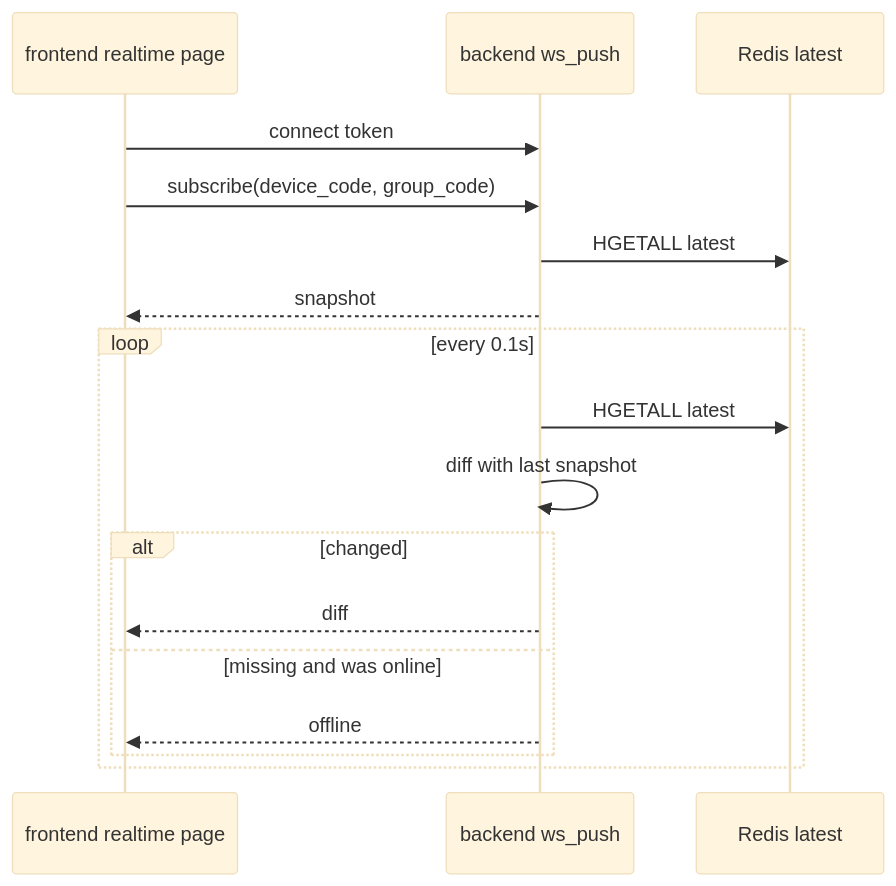
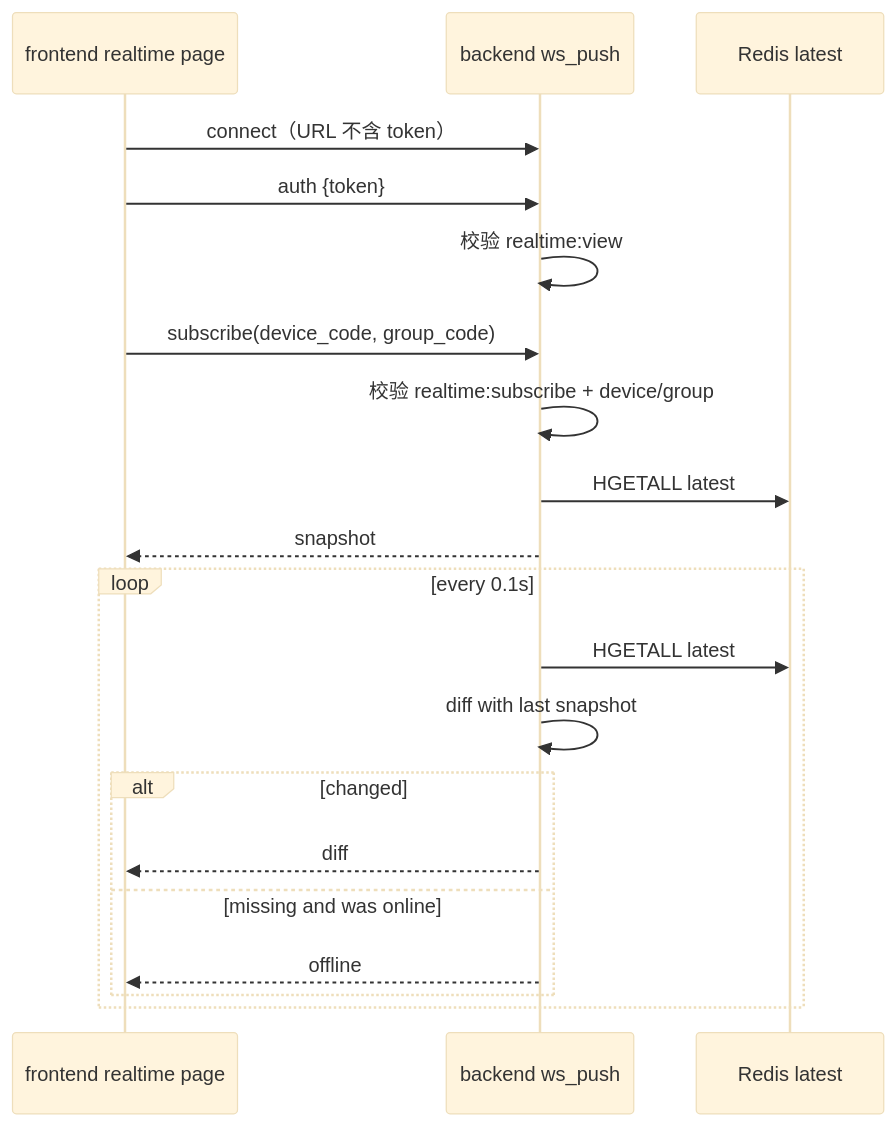
Before and after one commit to Hry1729/data_watch: the second of 3 diagrams in docs/02-模块设计/backend/服务分层与实时历史通道.md, drawn with Mermaid (base theme). The commit also changed 150 other files, not shown here.

````diff
--- a/docs/02-模块设计/backend/服务分层与实时历史通道.md
+++ b/docs/02-模块设计/backend/服务分层与实时历史通道.md
@@ -129,19 +129,22 @@
 ```mermaid
 sequenceDiagram
     participant FE as frontend realtime page
     participant WS as backend ws_push
     participant RDS as Redis latest
-    FE->>WS: connect token
+    FE->>WS: connect（URL 不含 token）
+    FE->>WS: auth {token}
+    WS->>WS: 校验 realtime:view
     FE->>WS: subscribe(device_code, group_code)
+    WS->>WS: 校验 realtime:subscribe + device/group
     WS->>RDS: HGETALL latest
     WS-->>FE: snapshot
     loop every 0.1s
         WS->>RDS: HGETALL latest
         WS->>WS: diff with last snapshot
         alt changed
             WS-->>FE: diff
         else missing and was online
             WS-->>FE: offline
         end
     end
 ```
````
